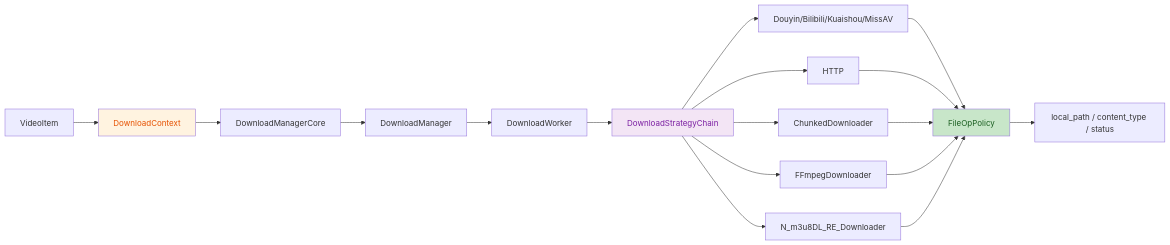
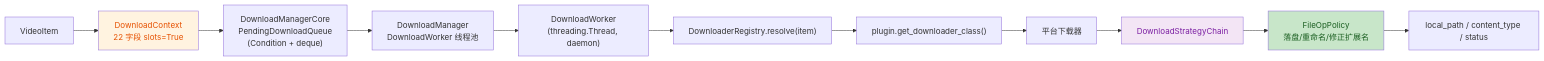
The first of 5 diagrams in mermaid/05-download-pipeline.md (haohaizi554/UniversalCrawler), drawn with Mermaid before and after one commit. The commit also changed other lines of this file and 78 other files, not shown here.

Commit message:
Sync local workspace: packaging adaptation, frontend hardening, and architecture review.

````diff
--- a/mermaid/05-download-pipeline.md
+++ b/mermaid/05-download-pipeline.md
@@ -5,23 +5,17 @@
 ```mermaid
 flowchart LR
-    Item[VideoItem] --> Context[DownloadContext]
-    Context --> Core[DownloadManagerCore]
-    Core --> Manager[DownloadManager]
-    Manager --> Worker[DownloadWorker]
-    Worker --> Strat[DownloadStrategyChain]
-    Strat --> Http[HTTP]
-    Strat --> Chunked[ChunkedDownloader]
-    Strat --> FF[FFmpegDownloader]
-    Strat --> M3U8[N_m3u8DL_RE_Downloader]
-    Strat --> Platform[Douyin/Bilibili/Kuaishou/MissAV]
-    Platform --> FileOps[FileOpPolicy]
-    Http --> FileOps
-    Chunked --> FileOps
-    FF --> FileOps
-    M3U8 --> FileOps
-    FileOps --> Result[local_path / content_type / status]
+    Item["VideoItem"] --> Context["DownloadContext<br/>22 字段 slots=True"]
+    Context --> Core["DownloadManagerCore<br/>PendingDownloadQueue<br/>(Condition + deque)"]
+    Core --> Manager["DownloadManager<br/>DownloadWorker 线程池"]
+    Manager --> Worker["DownloadWorker<br/>(threading.Thread, daemon)"]
+    Worker --> Resolve["DownloaderRegistry.resolve(item)"]
+    Resolve --> Plugin["plugin.get_downloader_class()"]
+    Plugin --> Downloader["平台下载器"]
+    Downloader --> Chain["DownloadStrategyChain"]
+    Chain --> FileOps["FileOpPolicy<br/>落盘/重命名/修正扩展名"]
+    FileOps --> Result["local_path / content_type / status"]
 
     style Context fill:#fff3e0,color:#e65100
-    style Strat fill:#f3e5f5,color:#7b1fa2
+    style Chain fill:#f3e5f5,color:#7b1fa2
     style FileOps fill:#c8e6c9,color:#1a5e20
 ```
````
